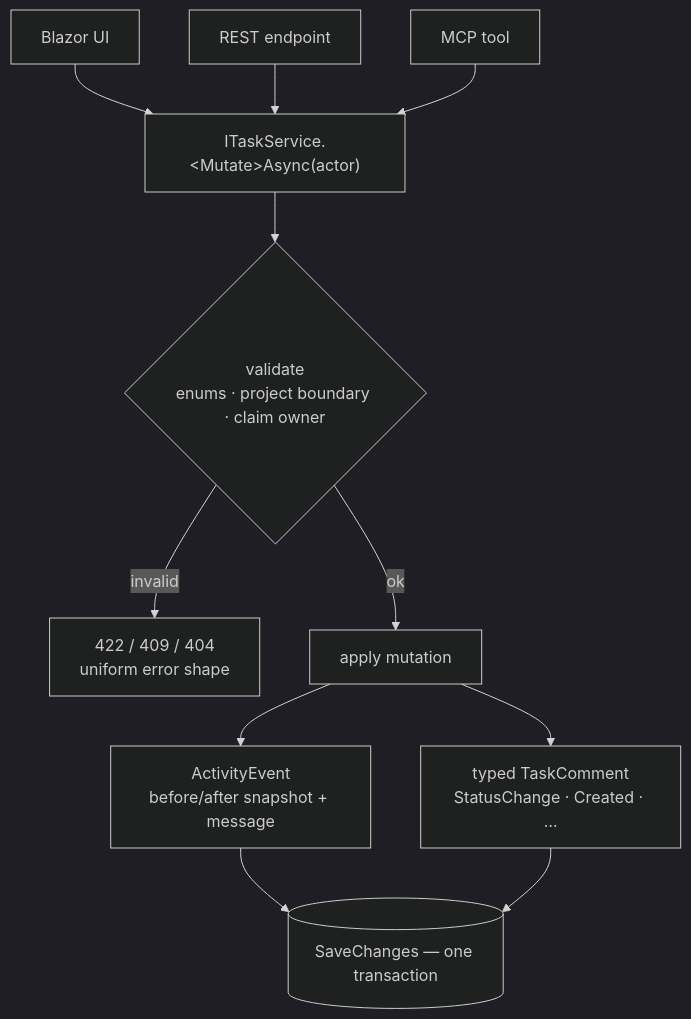
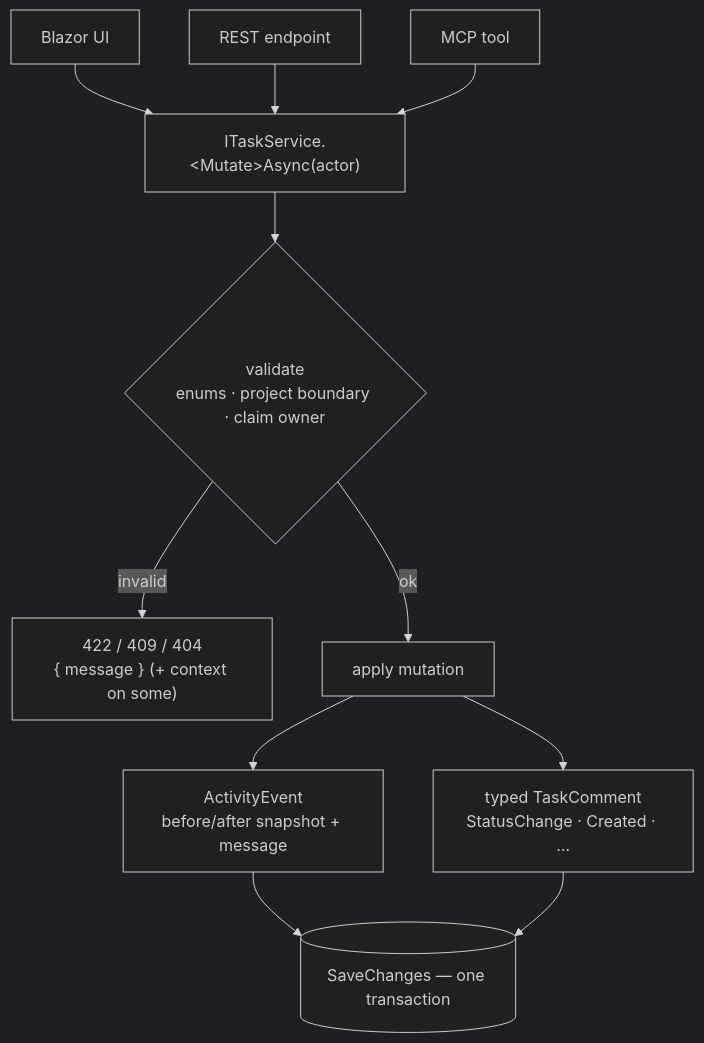
The fourth of 5 diagrams in README.md (joelfuller2016/KanbanFlow-v2), drawn with Mermaid (dark theme) before and after one commit. The commit also changed other lines of this file, not shown here.

````diff
--- a/README.md
+++ b/README.md
@@ -178,13 +178,13 @@
 ```mermaid
 flowchart TD
     UI["Blazor UI"] --> SVC
     RST["REST endpoint"] --> SVC
     MCP["MCP tool"] --> SVC["ITaskService.&lt;Mutate&gt;Async(actor)"]
     SVC --> V{"validate<br/>enums · project boundary · claim owner"}
-    V -- invalid --> E["422 / 409 / 404<br/>uniform error shape"]
+    V -- invalid --> E["422 / 409 / 404<br/>{ message } (+ context on some)"]
     V -- ok --> M["apply mutation"]
     M --> EV["ActivityEvent<br/>before/after snapshot + message"]
     M --> CM["typed TaskComment<br/>StatusChange · Created · …"]
     EV --> SAVE[("SaveChanges — one transaction")]
     CM --> SAVE
 ```
````
